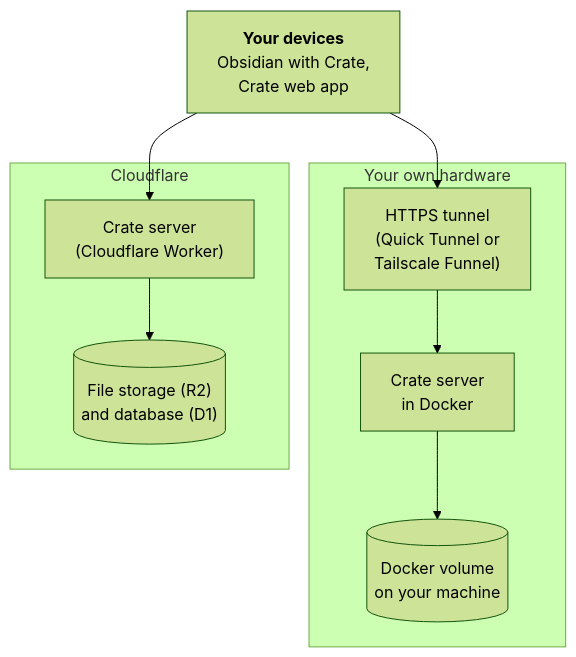
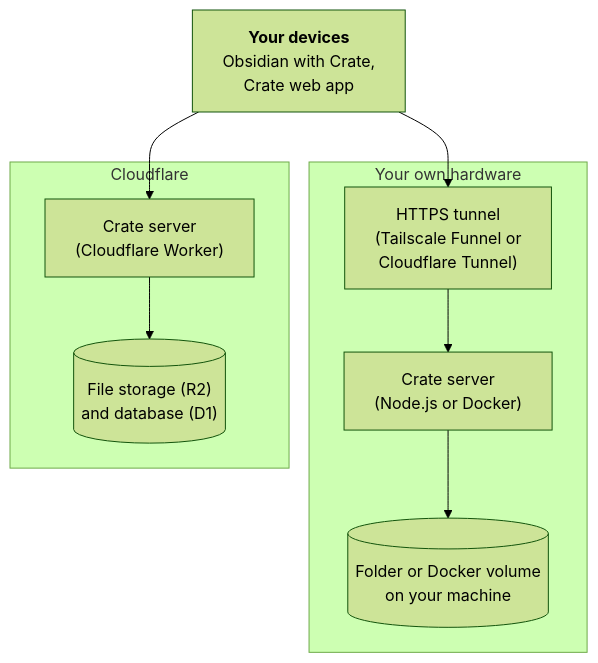
The diagram in docs-site/src/content/docs/getting-started/hosting.md (kaanbiryol/obsidian-crate), drawn with Mermaid (forest theme) before and after one commit. The commit also changed other lines of this file and 21 other files, not shown here.

````diff
--- a/docs-site/src/content/docs/getting-started/hosting.md
+++ b/docs-site/src/content/docs/getting-started/hosting.md
@@ -11,27 +11,27 @@
 ```mermaid
 flowchart TB
   accTitle: Where your Crate server runs
-  accDescr: Obsidian and the Crate web app connect to one Crate server. With Cloudflare, the server and its file storage and database run in your Cloudflare account. With your own hardware, an HTTPS tunnel reaches the server running in Docker, which stores its data in a Docker volume on your machine.
+  accDescr: Obsidian and the Crate web app connect to one Crate server. With Cloudflare, the server and its file storage and database run in your Cloudflare account. With your own hardware, an HTTPS tunnel reaches the server running with Node.js or Docker, which stores its data in a folder or Docker volume on your machine.
   devices["`**Your devices**
   Obsidian with Crate,
   Crate web app`"]
   subgraph home["Your own hardware"]
     tunnel["`HTTPS tunnel
-    (Quick Tunnel or
-    Tailscale Funnel)`"]
+    (Tailscale Funnel or
+    Cloudflare Tunnel)`"]
     server["`Crate server
-    in Docker`"]
-    volume[("`Docker volume
+    (Node.js or Docker)`"]
+    volume[("`Folder or Docker volume
     on your machine`")]
     tunnel --> server --> volume
   end
   subgraph cf["Cloudflare"]
     worker["`Crate server
     (Cloudflare Worker)`"]
     storage[("`File storage (R2)
     and database (D1)`")]
     worker --> storage
   end
   devices --> worker
   devices --> tunnel
 ```
````
